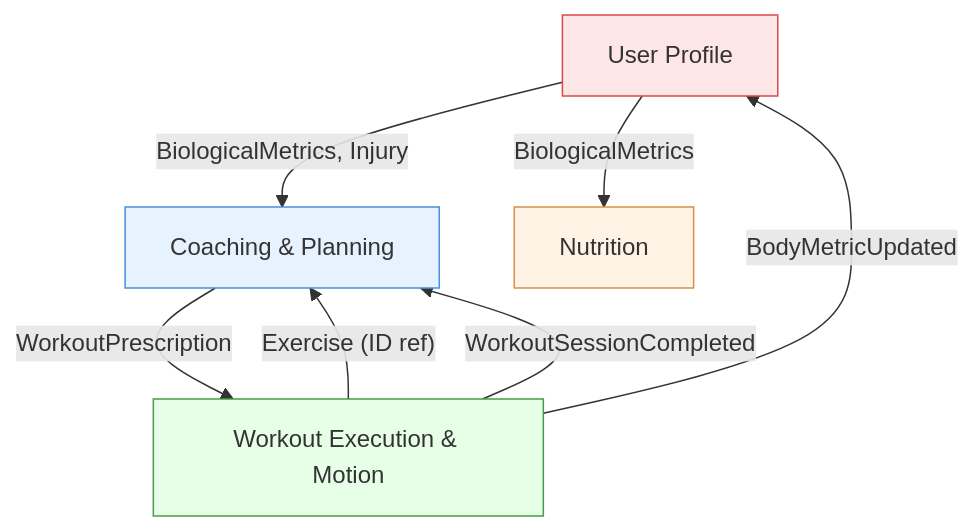
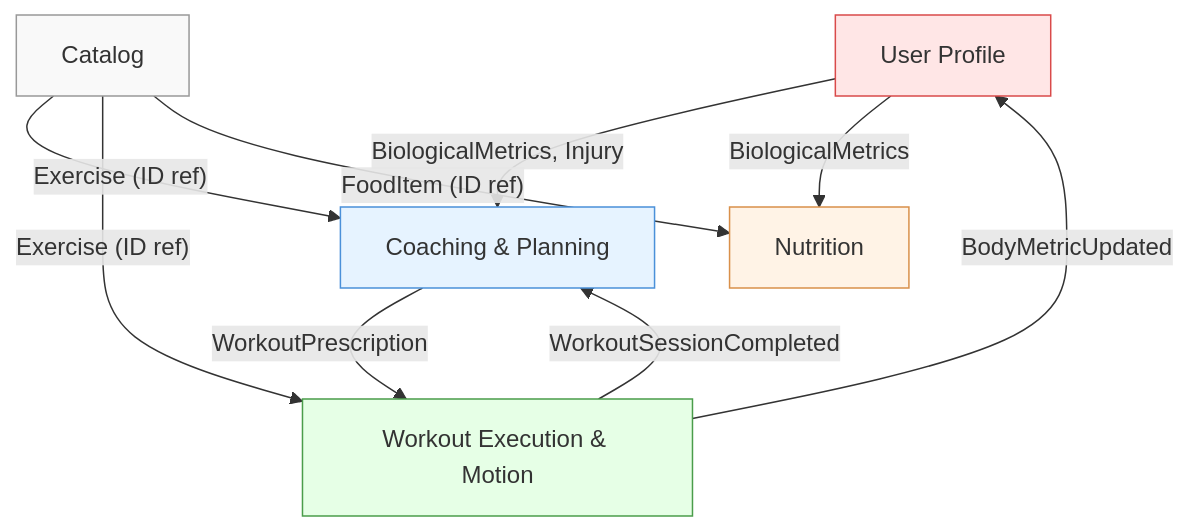
Before and after one commit to viethung213/gym-companion: the diagram in docs/02_bounded_context.md, drawn with Mermaid. The commit also changed other lines of this file and 4 other files, not shown here.

````diff
--- a/docs/02_bounded_context.md
+++ b/docs/02_bounded_context.md
@@ -90,22 +104,26 @@
 ```mermaid
 graph TD
     UP["User Profile"]
     CP["Coaching & Planning"]
     WEM["Workout Execution & Motion"]
     NU["Nutrition"]
+    CAT["Catalog"]
 
     UP -- "BiologicalMetrics, Injury" --> CP
     UP -- "BiologicalMetrics" --> NU
 
-    WEM -- "Exercise (ID ref)" --> CP
+    CAT -- "Exercise (ID ref)" --> CP
+    CAT -- "Exercise (ID ref)" --> WEM
+    CAT -- "FoodItem (ID ref)" --> NU
 
     CP -- "WorkoutPrescription" --> WEM
 
     WEM -- "WorkoutSessionCompleted" --> CP
     WEM -- "BodyMetricUpdated" --> UP
 
     style CP fill:#e6f3ff,stroke:#4a90d9
     style WEM fill:#e6ffe6,stroke:#4a9d4a
     style NU fill:#fff3e6,stroke:#d9904a
     style UP fill:#ffe6e6,stroke:#d94a4a
+    style CAT fill:#f9f9f9,stroke:#999
 ```
````
